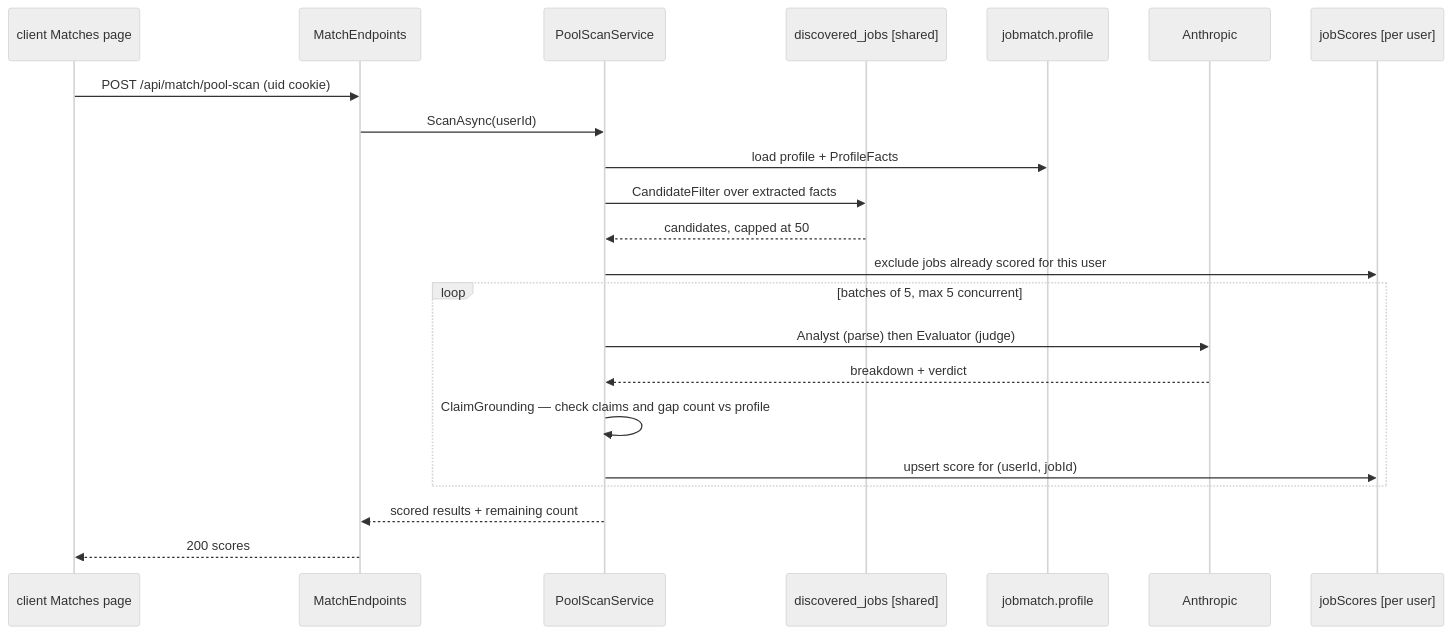
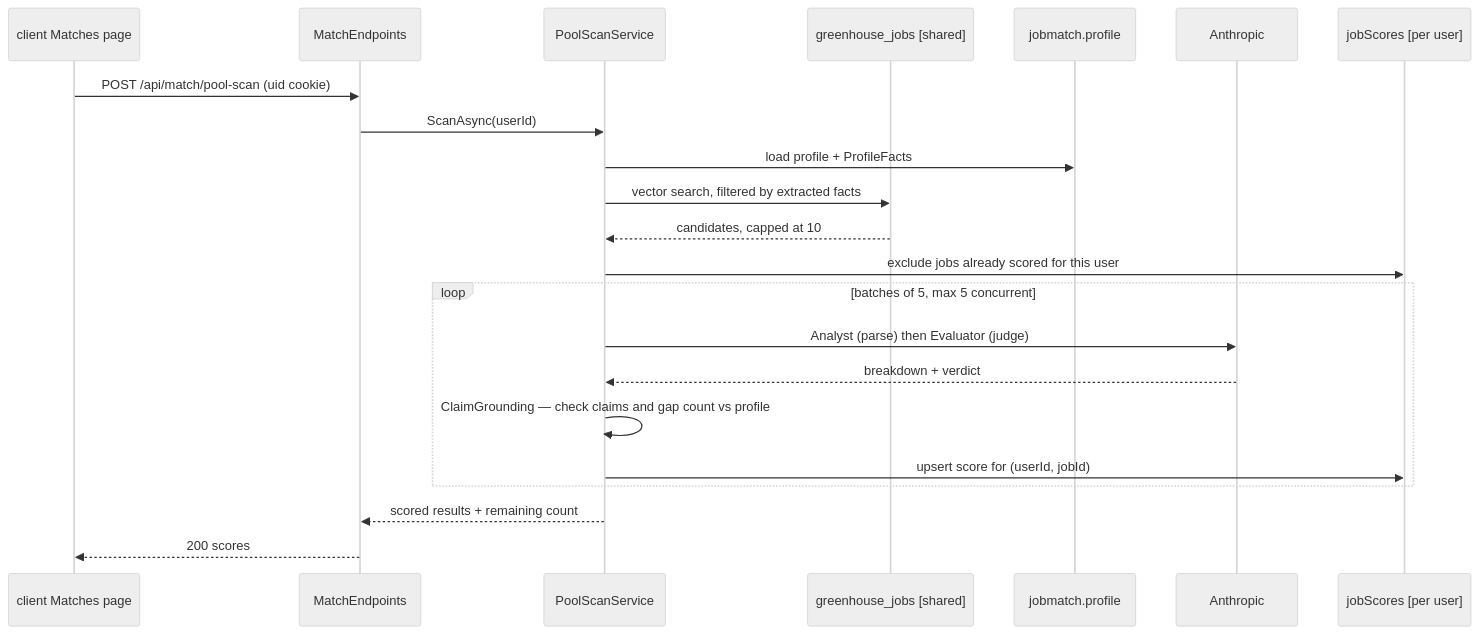
The diagram in server/api/IMPLEMENTATION.md (ozShpigel/nextrole), drawn with Mermaid (neutral theme) before and after one commit. The commit also changed other lines of this file and 123 other files, not shown here.

````diff
--- a/server/api/IMPLEMENTATION.md
+++ b/server/api/IMPLEMENTATION.md
@@ -108,25 +105,25 @@
 ```mermaid
 sequenceDiagram
   participant Web as client Matches page
   participant API as MatchEndpoints
   participant Scan as PoolScanService
-  participant Pool as discovered_jobs [shared]
+  participant Pool as greenhouse_jobs [shared]
   participant Prof as jobmatch.profile
   participant Claude as Anthropic
   participant Scores as jobScores [per user]
 
   Web->>API: POST /api/match/pool-scan (uid cookie)
   API->>Scan: ScanAsync(userId)
   Scan->>Prof: load profile + ProfileFacts
-  Scan->>Pool: CandidateFilter over extracted facts
-  Pool-->>Scan: candidates, capped at 50
+  Scan->>Pool: vector search, filtered by extracted facts
+  Pool-->>Scan: candidates, capped at 10
   Scan->>Scores: exclude jobs already scored for this user
   loop batches of 5, max 5 concurrent
     Scan->>Claude: Analyst (parse) then Evaluator (judge)
     Claude-->>Scan: breakdown + verdict
     Scan->>Scan: ClaimGrounding — check claims and gap count vs profile
     Scan->>Scores: upsert score for (userId, jobId)
   end
   Scan-->>API: scored results + remaining count
   API-->>Web: 200 scores
 ```
````
